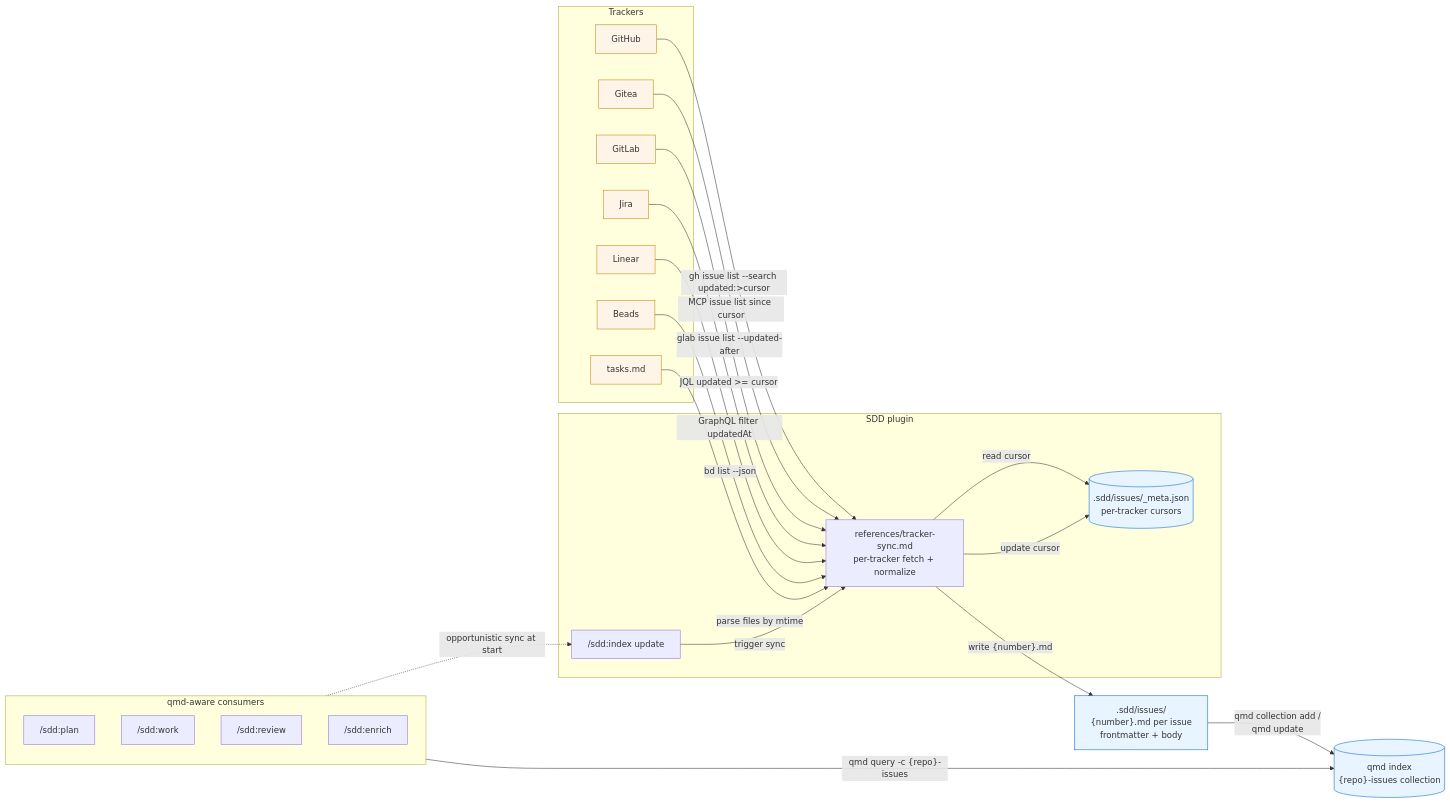
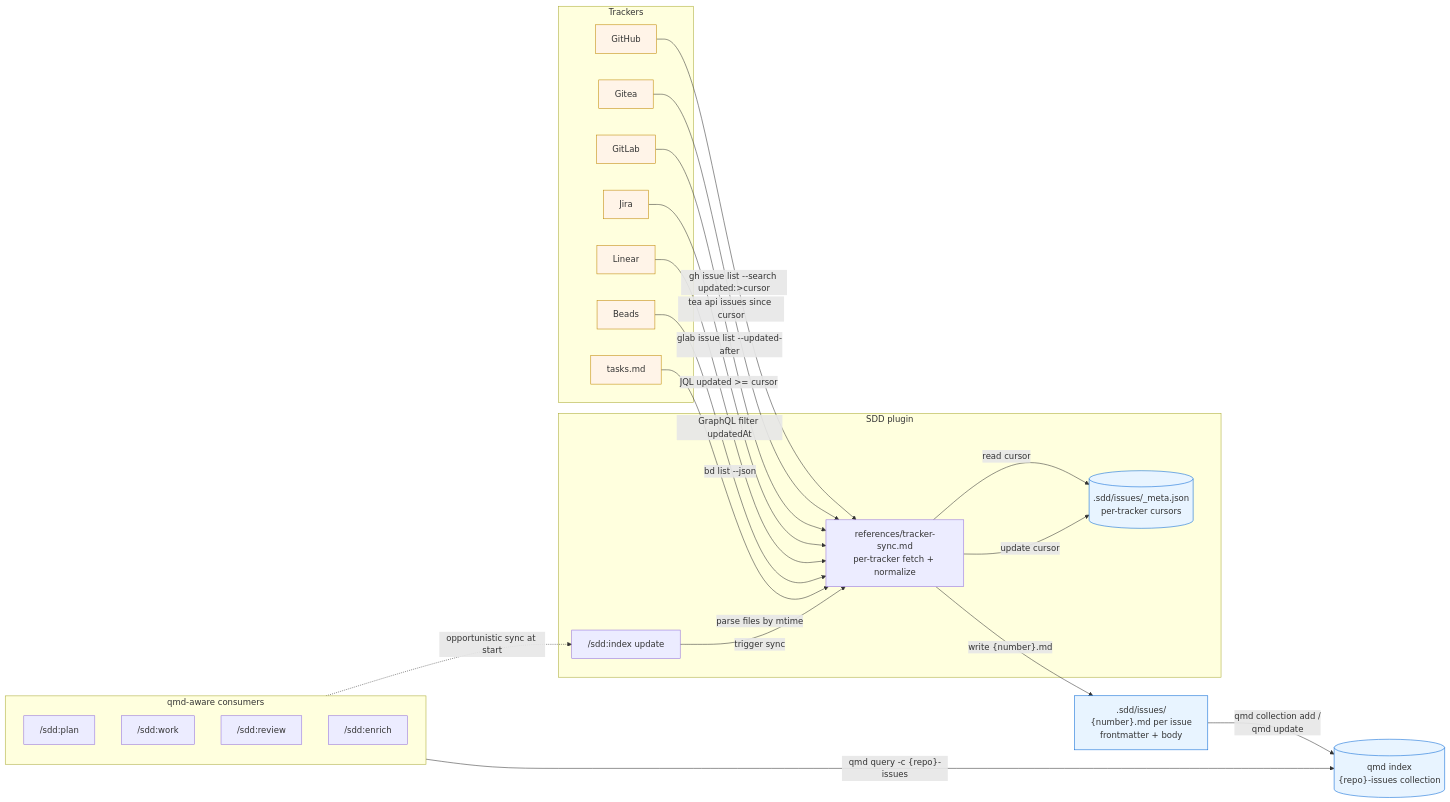
The diagram in docs/adrs/ADR-0025-tracker-issues-as-fourth-qmd-collection.md (joestump/claude-plugin-sdd), drawn with Mermaid before and after one commit. The commit also changed other lines of this file and 19 other files, not shown here.

First line of the commit message:
feat(skills): reach Gitea through tea and GitHub through gh, not MCP (#261)

````diff
--- a/docs/adrs/ADR-0025-tracker-issues-as-fourth-qmd-collection.md
+++ b/docs/adrs/ADR-0025-tracker-issues-as-fourth-qmd-collection.md
@@ -180,52 +180,52 @@
 ```mermaid
 flowchart LR
   subgraph Trackers
     GH[GitHub]
     Gitea[Gitea]
     GL[GitLab]
     Jira[Jira]
     Linear[Linear]
     Beads[Beads]
     TasksMD[tasks.md]
   end
 
   subgraph SddPlugin [SDD plugin]
     IndexSk["/sdd:index update"]
     SyncLayer["references/tracker-sync.md<br/>per-tracker fetch + normalize"]
     Cursor[(".sdd/issues/_meta.json<br/>per-tracker cursors")]
   end
 
   Cache[".sdd/issues/<br/>{number}.md per issue<br/>frontmatter + body"]
 
   Qmd[("qmd index<br/>{repo}-issues collection")]
 
   GH -->|gh issue list --search updated:&gt;cursor| SyncLayer
-  Gitea -->|MCP issue list since cursor| SyncLayer
+  Gitea -->|tea api issues since cursor| SyncLayer
   GL -->|glab issue list --updated-after| SyncLayer
   Jira -->|JQL updated &gt;= cursor| SyncLayer
   Linear -->|GraphQL filter updatedAt| SyncLayer
   Beads -->|bd list --json| SyncLayer
   TasksMD -->|parse files by mtime| SyncLayer
 
   IndexSk -->|trigger sync| SyncLayer
   SyncLayer -->|read cursor| Cursor
   SyncLayer -->|"write {number}.md"| Cache
   SyncLayer -->|update cursor| Cursor
 
   Cache -->|"qmd collection add /<br/>qmd update"| Qmd
 
   subgraph Consumers [qmd-aware consumers]
     Plan["/sdd:plan"]
     Work["/sdd:work"]
     Review["/sdd:review"]
     Enrich["/sdd:enrich"]
   end
 
   Consumers -->|"qmd query -c {repo}-issues"| Qmd
   Consumers -.->|opportunistic sync at start| IndexSk
 
   classDef store fill:#e8f4ff,stroke:#0366d6
   classDef ext fill:#fff4e8,stroke:#bf8700
   class Cache,Cursor,Qmd store
   class GH,Gitea,GL,Jira,Linear,Beads,TasksMD ext
 ```
````
